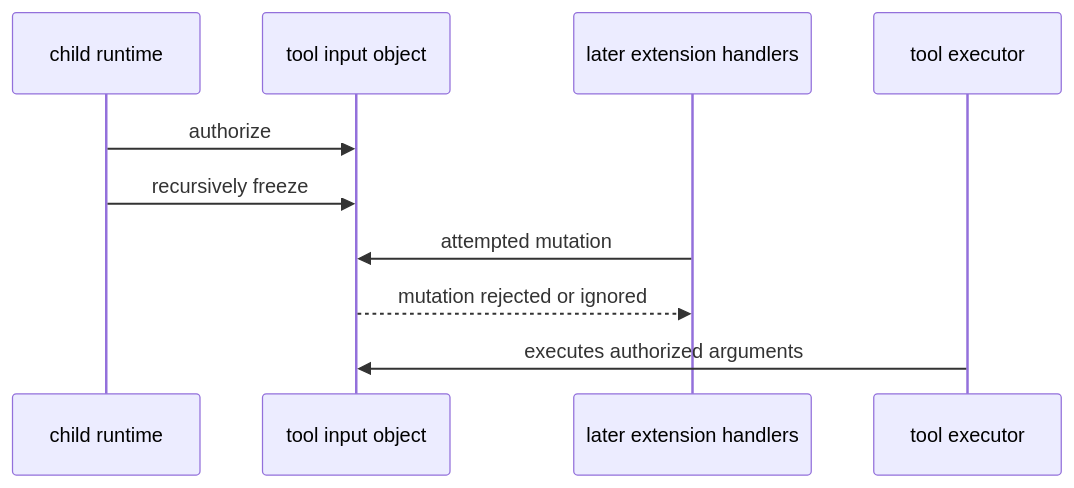
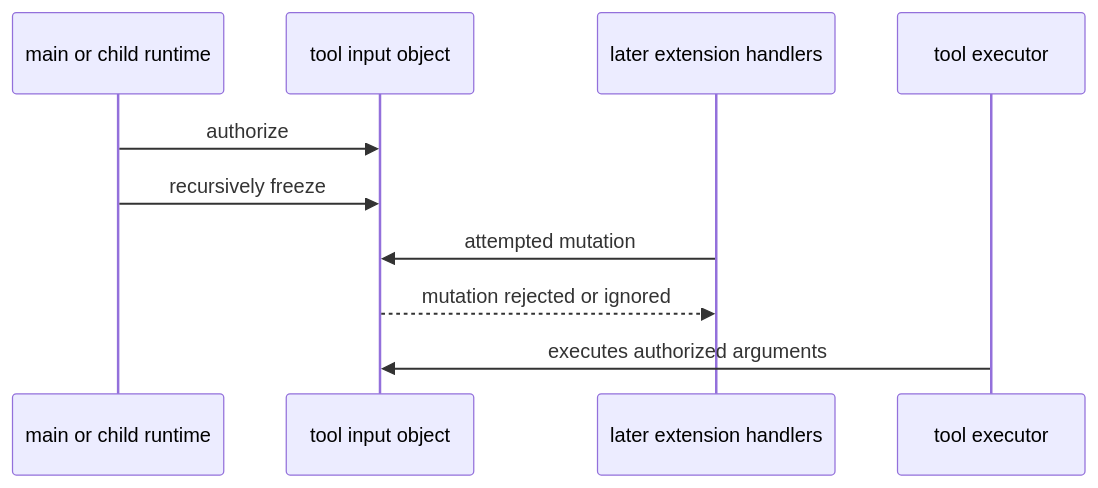
One commit to wichayutdew/pi-workflows changed the seventh of 7 diagrams in openwiki/security/policy-model.md. Above: the diagram before and after it, drawn with Mermaid. The commit also changed other lines of this file and 84 other files, not shown here.

````diff
--- a/openwiki/security/policy-model.md
+++ b/openwiki/security/policy-model.md
@@ -114,13 +135,13 @@
 ```mermaid
 sequenceDiagram
-  participant Runtime as child runtime
+  participant Runtime as main or child runtime
   participant Input as tool input object
   participant Later as later extension handlers
   participant Tool as tool executor
 
   Runtime->>Input: authorize
   Runtime->>Input: recursively freeze
   Later->>Input: attempted mutation
   Input-->>Later: mutation rejected or ignored
   Tool->>Input: executes authorized arguments
 ```
````
